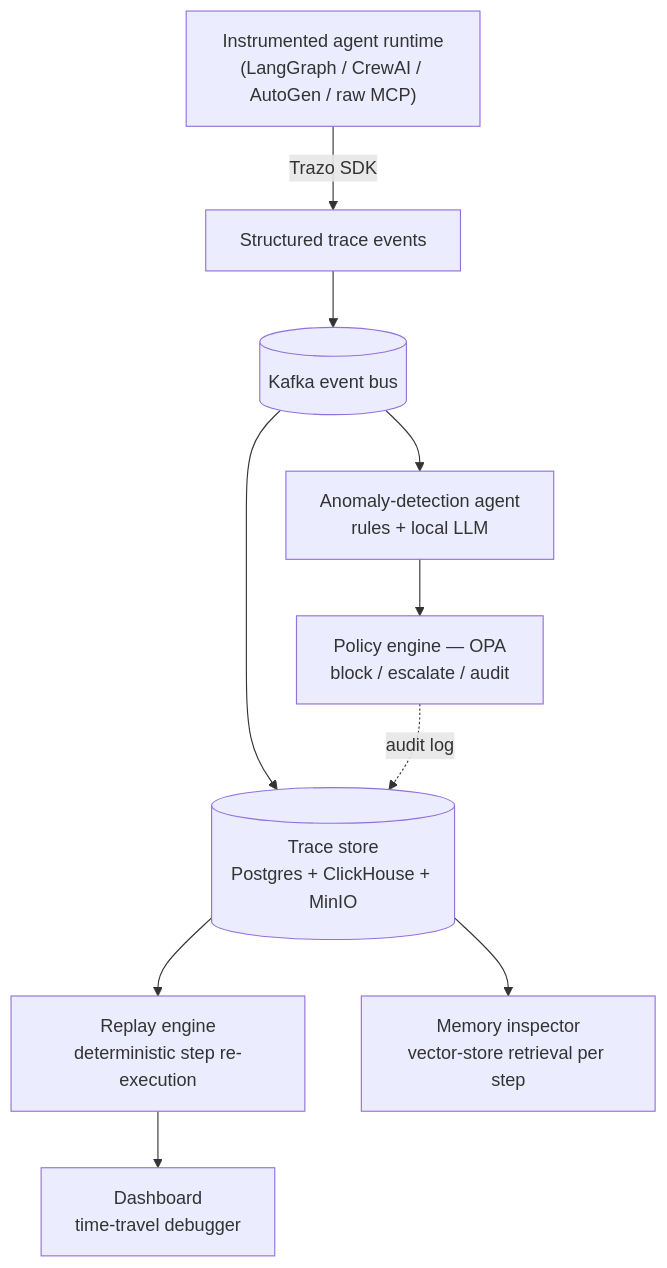
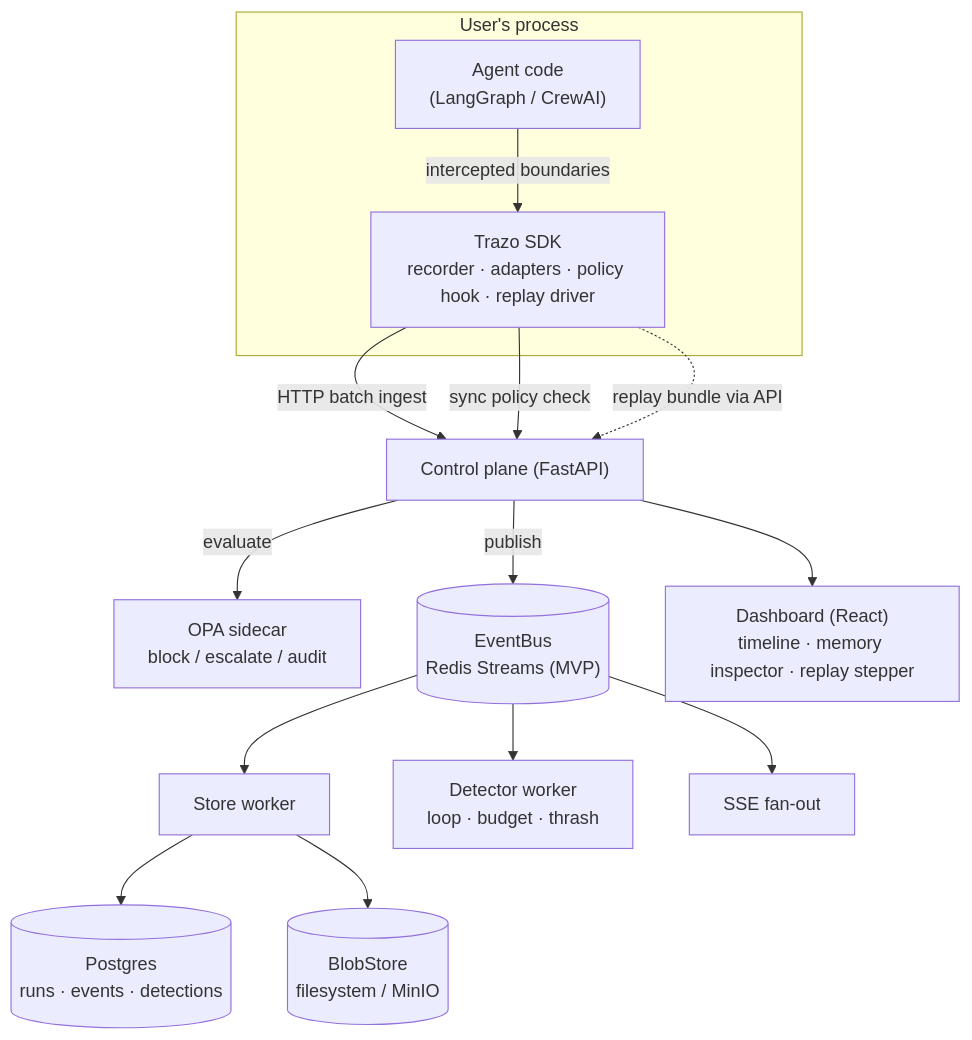
The diagram in README.md (naveen-astra/Trazo), drawn with Mermaid before and after one commit. The commit also changed other lines of this file and 43 other files, not shown here.

````diff
--- a/README.md
+++ b/README.md
@@ -37,12 +37,20 @@
 ```mermaid
 flowchart TD
-    A["Instrumented agent runtime<br/>(LangGraph / CrewAI / AutoGen / raw MCP)"] -->|Trazo SDK| B[Structured trace events]
-    B --> C[(Kafka event bus)]
-    C --> D[(Trace store<br/>Postgres + ClickHouse + MinIO)]
-    C --> E[Anomaly-detection agent<br/>rules + local LLM]
-    D --> F[Replay engine<br/>deterministic step re-execution]
-    E --> G[Policy engine — OPA<br/>block / escalate / audit]
-    F --> H[Dashboard<br/>time-travel debugger]
-    D --> I[Memory inspector<br/>vector-store retrieval per step]
-    G -. audit log .-> D
+    subgraph user["User's process"]
+        A["Agent code<br/>(LangGraph / CrewAI)"]
+        SDK["Trazo SDK<br/>recorder · adapters · policy hook · replay driver"]
+        A -- intercepted boundaries --> SDK
+    end
+
+    SDK -- HTTP batch ingest --> CP["Control plane (FastAPI)"]
+    SDK -- sync policy check --> CP
+    CP -- evaluate --> OPA["OPA sidecar<br/>block / escalate / audit"]
+    CP -- publish --> BUS[("EventBus<br/>Redis Streams (MVP)")]
+    BUS --> SW["Store worker"]
+    BUS --> DW["Detector worker<br/>loop · budget · thrash"]
+    BUS --> LIVE["SSE fan-out"]
+    SW --> PG[("Postgres<br/>runs · events · detections")]
+    SW --> BLOB[("BlobStore<br/>filesystem / MinIO")]
+    CP --> DASH["Dashboard (React)<br/>timeline · memory inspector · replay stepper"]
+    SDK -. replay bundle via API .-> CP
 ```
````
